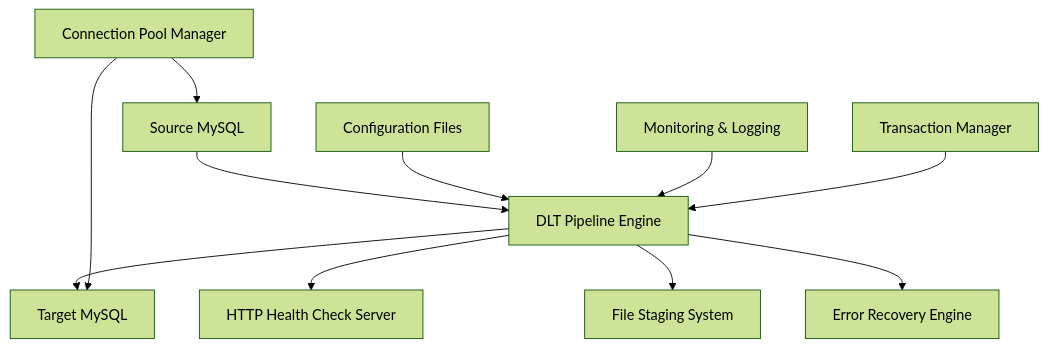
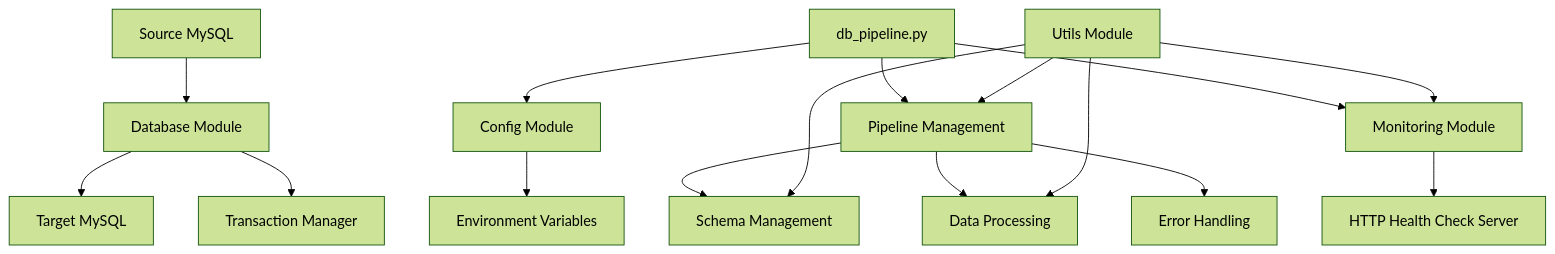
One commit to malemalice/patuha-etl-dlt changed the diagram in TRD.md. Above: the diagram before and after it, drawn with Mermaid (forest theme). The commit also changed other lines of this file and 14 other files, not shown here.

Commit message:
Refactor ETL pipeline to modular architecture with 97% code reduction

````diff
--- a/TRD.md
+++ b/TRD.md
@@ -23,13 +24,18 @@
 ```mermaid
 graph TB
-    A[Source MySQL] --> B[DLT Pipeline Engine]
+    A[Source MySQL] --> B[Database Module]
     B --> C[Target MySQL]
-    B --> D[HTTP Health Check Server]
-    B --> E[File Staging System]
-    B --> F[Error Recovery Engine]
-    G[Configuration Files] --> B
-    H[Connection Pool Manager] --> A
-    H --> C
-    I[Monitoring & Logging] --> B
-    J[Transaction Manager] --> B
+    D[db_pipeline.py] --> E[Config Module]
+    D --> F[Pipeline Management]
+    D --> G[Monitoring Module]
+    F --> H[Schema Management]
+    F --> I[Data Processing]
+    F --> J[Error Handling]
+    G --> K[HTTP Health Check Server]
+    B --> L[Transaction Manager]
+    E --> M[Environment Variables]
+    N[Utils Module] --> F
+    N --> G
+    N --> H
+    N --> I
 ```
````
